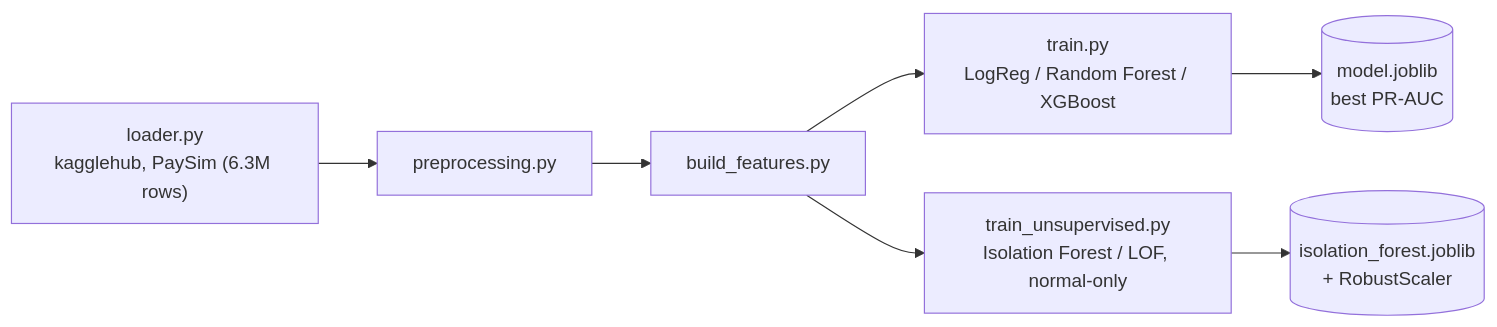
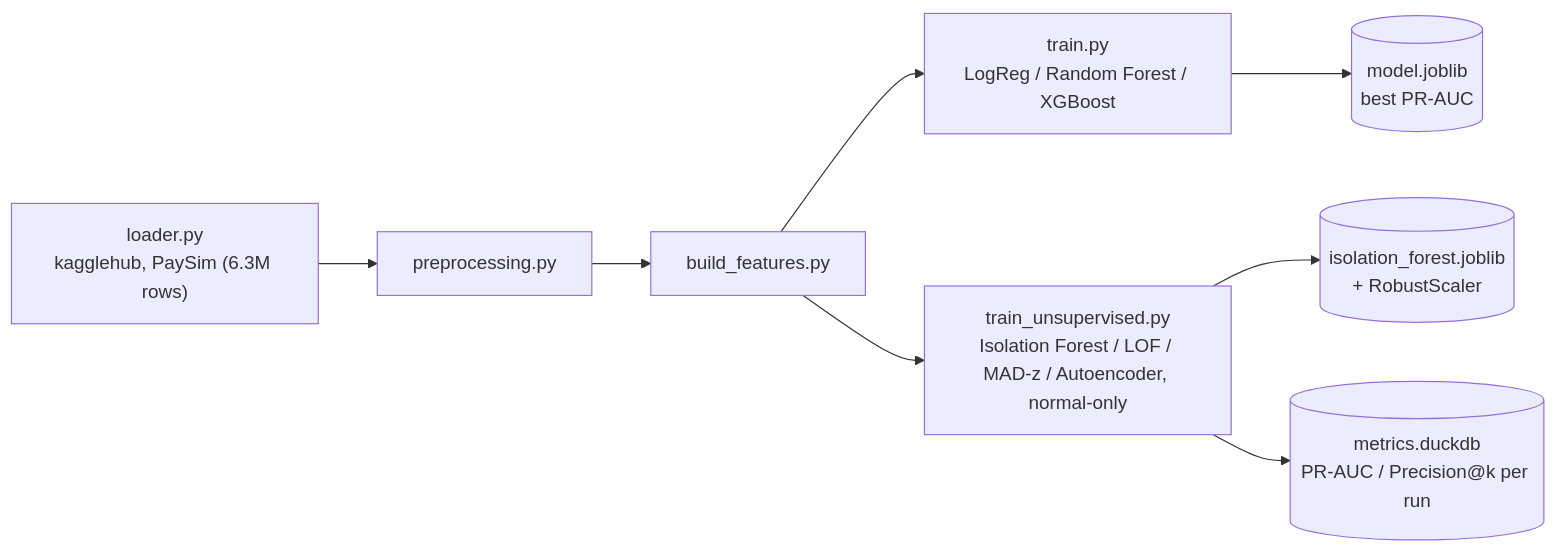
One commit to Rxyxs/Proyectos_ML_anomalias changed the diagram in README.md. Above: the diagram before and after it, drawn with Mermaid. The commit also changed other lines of this file and 10 other files, not shown here.

First line of the commit message:
feat: add MAD-z baseline, PyTorch autoencoder with activation comparison, and DuckDB metrics store

````diff
--- a/README.md
+++ b/README.md
@@ -23,9 +25,10 @@
 ```mermaid
 flowchart LR
     A["loader.py<br/>kagglehub, PaySim (6.3M rows)"] --> B[preprocessing.py]
     B --> C[build_features.py]
     C --> D["train.py<br/>LogReg / Random Forest / XGBoost"]
     D --> E[(model.joblib<br/>best PR-AUC)]
-    C --> F["train_unsupervised.py<br/>Isolation Forest / LOF, normal-only"]
+    C --> F["train_unsupervised.py<br/>Isolation Forest / LOF / MAD-z / Autoencoder, normal-only"]
     F --> G[(isolation_forest.joblib<br/>+ RobustScaler)]
+    F --> H[(metrics.duckdb<br/>PR-AUC / Precision@k per run)]
 ```
````
